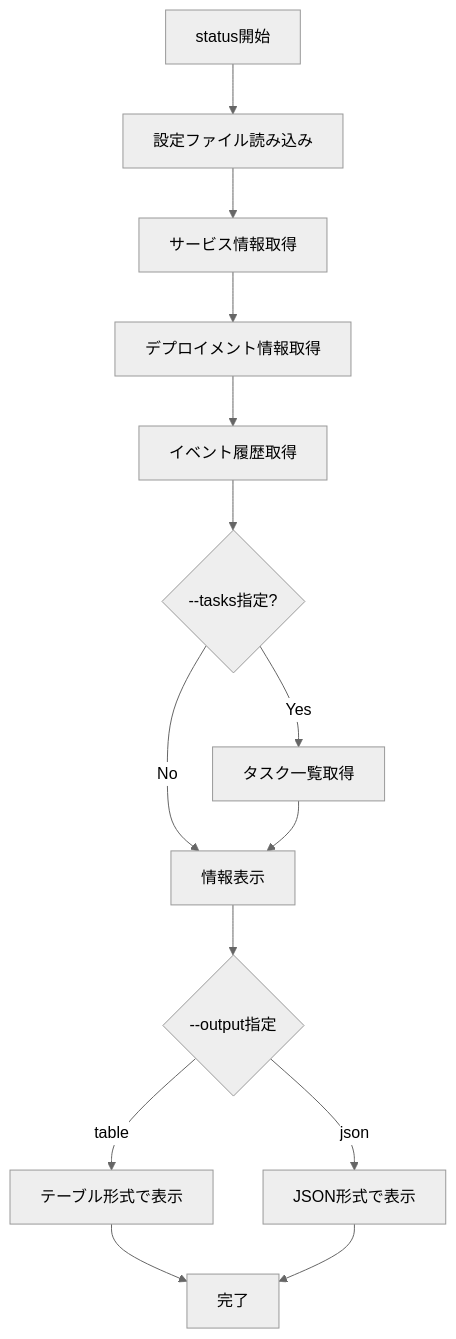
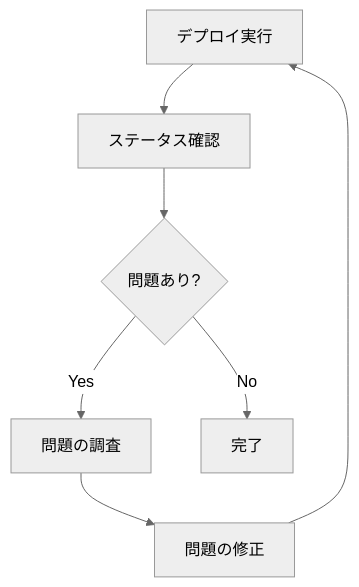
One commit to bufferings/devin-docs changed the diagram in ecspresso/commands/status.md. Above: the diagram before and after it, drawn with Mermaid (neutral theme). The commit also changed other lines of this file and 31 other files, not shown here.

````diff
--- a/ecspresso/commands/status.md
+++ b/ecspresso/commands/status.md
@@ -87,16 +71,9 @@
 ```mermaid
-graph TD
-    A[status開始] --> B[設定ファイル読み込み]
-    B --> C[サービス情報取得]
-    C --> D[デプロイメント情報取得]
-    D --> E[イベント履歴取得]
-    E --> F{--tasks指定?}
-    F -->|Yes| G[タスク一覧取得]
-    F -->|No| H[情報表示]
-    G --> H
-    H --> I{--output指定}
-    I -->|table| J[テーブル形式で表示]
-    I -->|json| K[JSON形式で表示]
-    J --> L[完了]
-    K --> L
+flowchart TD
+    A[デプロイ実行] --> B[ステータス確認]
+    B --> C{問題あり?}
+    C -->|Yes| D[問題の調査]
+    C -->|No| E[完了]
+    D --> F[問題の修正]
+    F --> A
 ```
````
